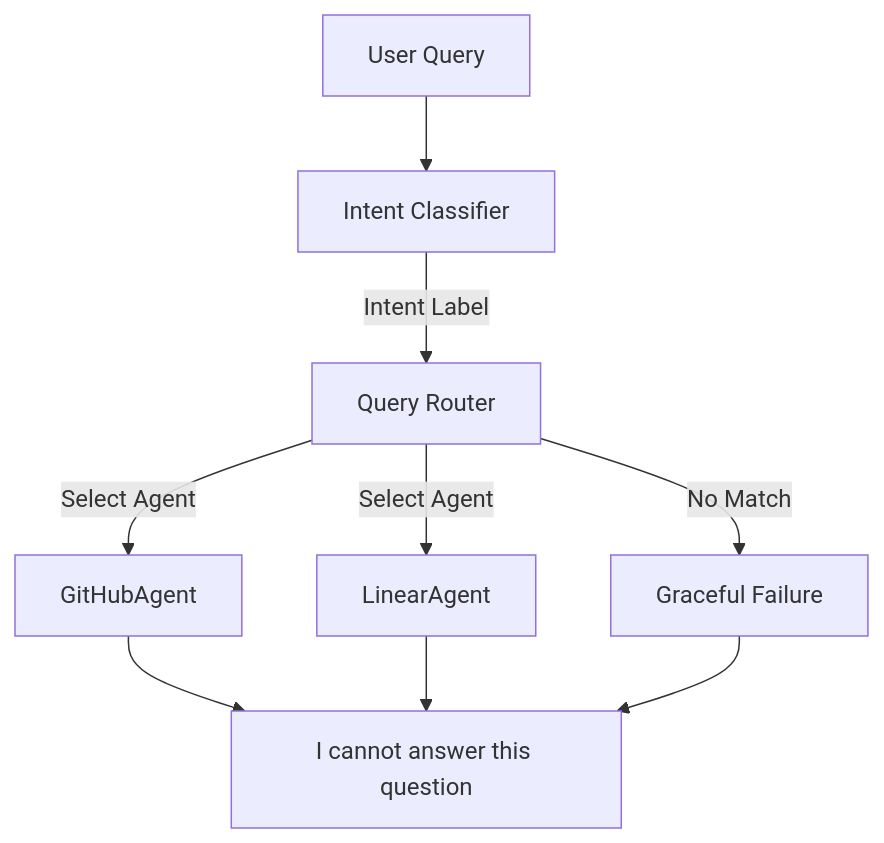
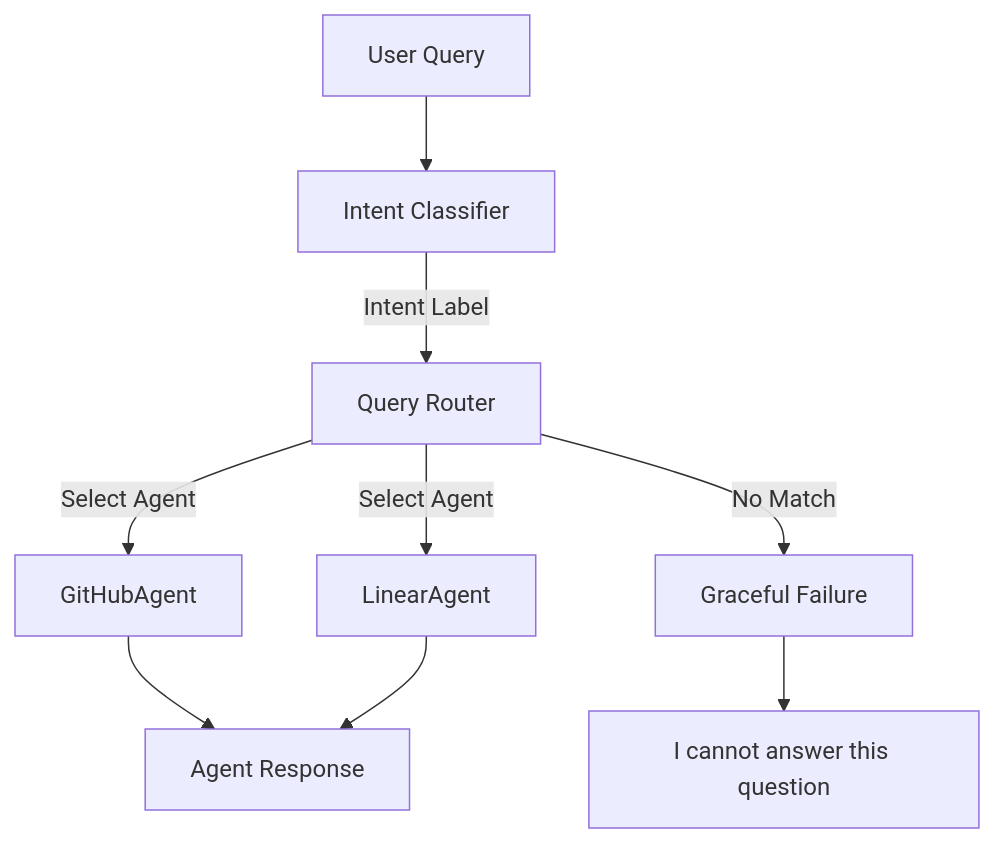
One commit to siddhamapple/Stackgen_query_router changed the diagram in README.md. Above: the diagram before and after it, drawn with Mermaid. The commit also changed other lines of this file, not shown here.

````diff
--- a/README.md
+++ b/README.md
@@ -27,13 +53,16 @@
 ```mermaid
 
 graph TD
     A[User Query] --> B[Intent Classifier]
     B -->|Intent Label| C[Query Router]
+
     C -->|Select Agent| D[GitHubAgent]
     C -->|Select Agent| E[LinearAgent]
     C -->|No Match| F[Graceful Failure]
-    D --> G[Mocked Response]
-    E --> G
+
+    D --> H[Agent Response]
+    E --> H[Agent Response]
+
     F --> G["I cannot answer this question"]
 
 ```
````
